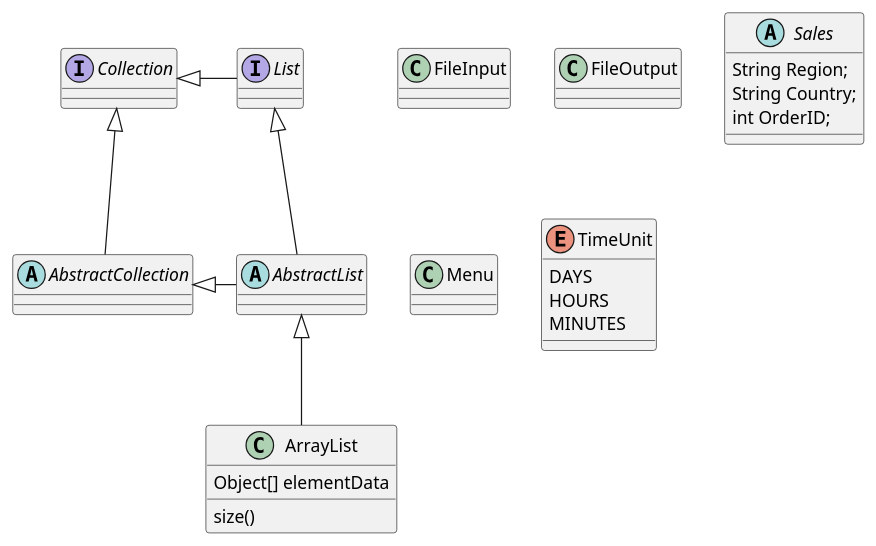
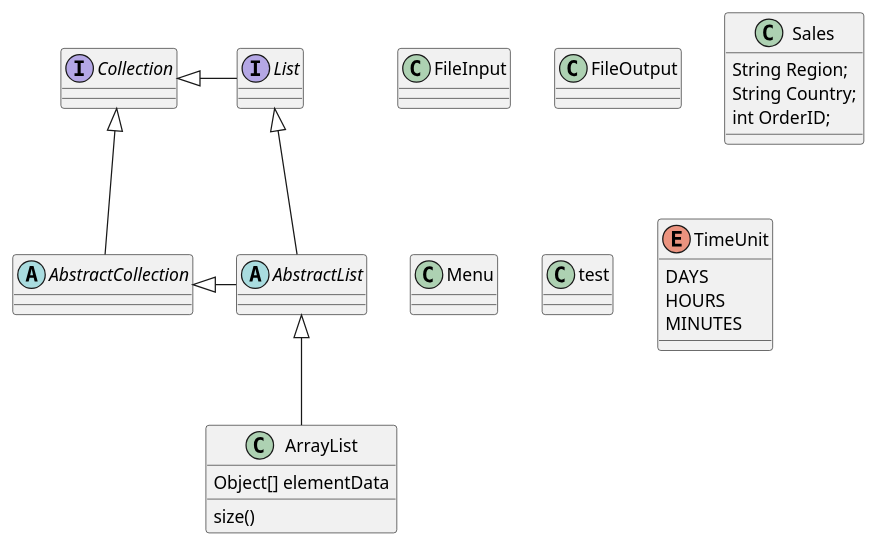
One commit to TomForsell/ReskillAssignmentOne changed the diagram in design/ReskillAssignmentOne.puml. Above: the diagram before and after it, drawn with PlantUML. The commit also changed 5 other files, not shown here.

```diff
--- a/design/ReskillAssignmentOne.puml
+++ b/design/ReskillAssignmentOne.puml
@@ -1,39 +1,43 @@
 @startuml
 'https://plantuml.com/class-diagram
 
 class FileInput
 class FileOutput
 
-abstract class Sales{
+class Sales{
 String Region;
 String Country;
 int OrderID;
 }
 
 class Menu
+
+class test
+
+
 
 
 abstract class AbstractList
 abstract AbstractCollection
 interface List
 interface Collection
 
 List <|-- AbstractList
 Collection <|-- AbstractCollection
 
 Collection <|- List
 AbstractCollection <|- AbstractList
 AbstractList <|-- ArrayList
 
 class ArrayList {
 Object[] elementData
 size()
 }
 
 enum TimeUnit {
 DAYS
 HOURS
 MINUTES
 }
 
 @enduml
```
